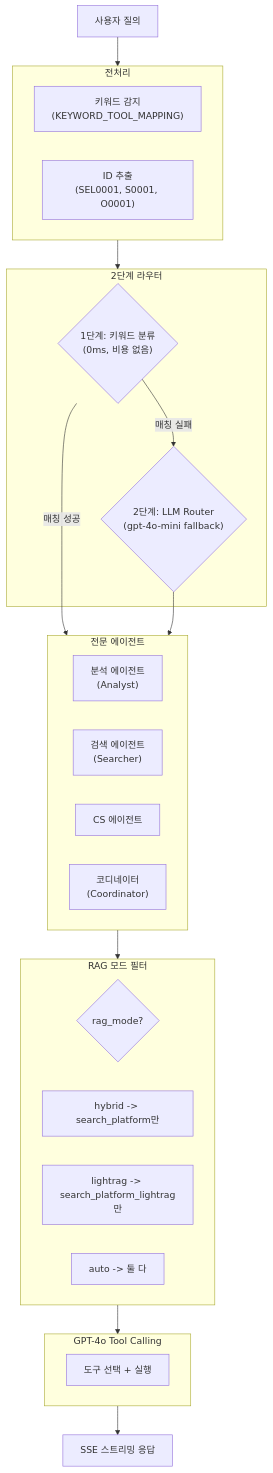
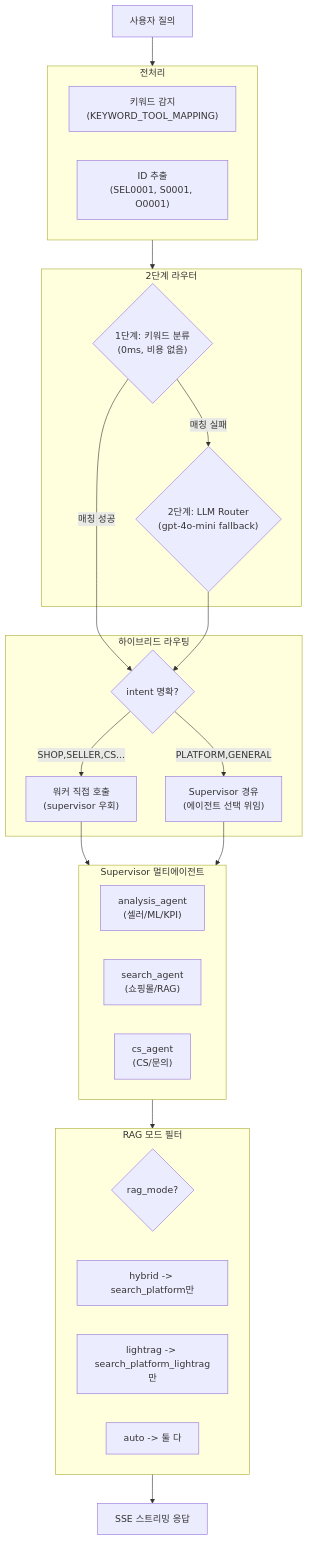
Before and after one commit to ASNGG/cafe24-demo: the third of 28 diagrams in backend 리팩토링 시작/README.md, drawn with Mermaid. The commit also changed other lines of this file and 10 other files, not shown here.

First line of the commit message:
feat: v9.2.0 Supervisor 멀티에이전트 도입

````diff
--- a/backend 리팩토링 시작/README.md
+++ b/backend 리팩토링 시작/README.md
@@ -588,38 +624,41 @@
 ```mermaid
 flowchart TB
     Q["사용자 질의"]
 
     subgraph Preprocess["전처리"]
         KW["키워드 감지<br/>(KEYWORD_TOOL_MAPPING)"]
         ID["ID 추출<br/>(SEL0001, S0001, O0001)"]
     end
 
     subgraph Router["2단계 라우터"]
         R1{"1단계: 키워드 분류<br/>(0ms, 비용 없음)"}
         R2{"2단계: LLM Router<br/>(gpt-4o-mini fallback)"}
     end
 
-    subgraph Agents["전문 에이전트"]
-        A1["분석 에이전트<br/>(Analyst)"]
-        A2["검색 에이전트<br/>(Searcher)"]
-        A3["CS 에이전트"]
-        A4["코디네이터<br/>(Coordinator)"]
+    subgraph HybridRoute["하이브리드 라우팅"]
+        DR{"intent 명확?"}
+        DIRECT["워커 직접 호출<br/>(supervisor 우회)"]
+        SUPER["Supervisor 경유<br/>(에이전트 선택 위임)"]
+    end
+
+    subgraph Agents["Supervisor 멀티에이전트"]
+        A1["analysis_agent<br/>(셀러/ML/KPI)"]
+        A2["search_agent<br/>(쇼핑몰/RAG)"]
+        A3["cs_agent<br/>(CS/문의)"]
     end
 
     subgraph RAGFilter["RAG 모드 필터"]
         RF{"rag_mode?"}
         RF1["hybrid -> search_platform만"]
         RF2["lightrag -> search_platform_lightrag만"]
         RF3["auto -> 둘 다"]
     end
 
-    subgraph LLM["GPT-4o Tool Calling"]
-        TC["도구 선택 + 실행"]
-    end
-
     Q --> Preprocess --> Router
-    R1 -->|"매칭 성공"| Agents
+    R1 -->|"매칭 성공"| DR
     R1 -->|"매칭 실패"| R2
-    R2 --> Agents
-    Agents --> RAGFilter --> LLM --> Response["SSE 스트리밍 응답"]
+    R2 --> DR
+    DR -->|"SHOP,SELLER,CS..."| DIRECT --> Agents
+    DR -->|"PLATFORM,GENERAL"| SUPER --> Agents
+    Agents --> RAGFilter --> Response["SSE 스트리밍 응답"]
 ```
````
